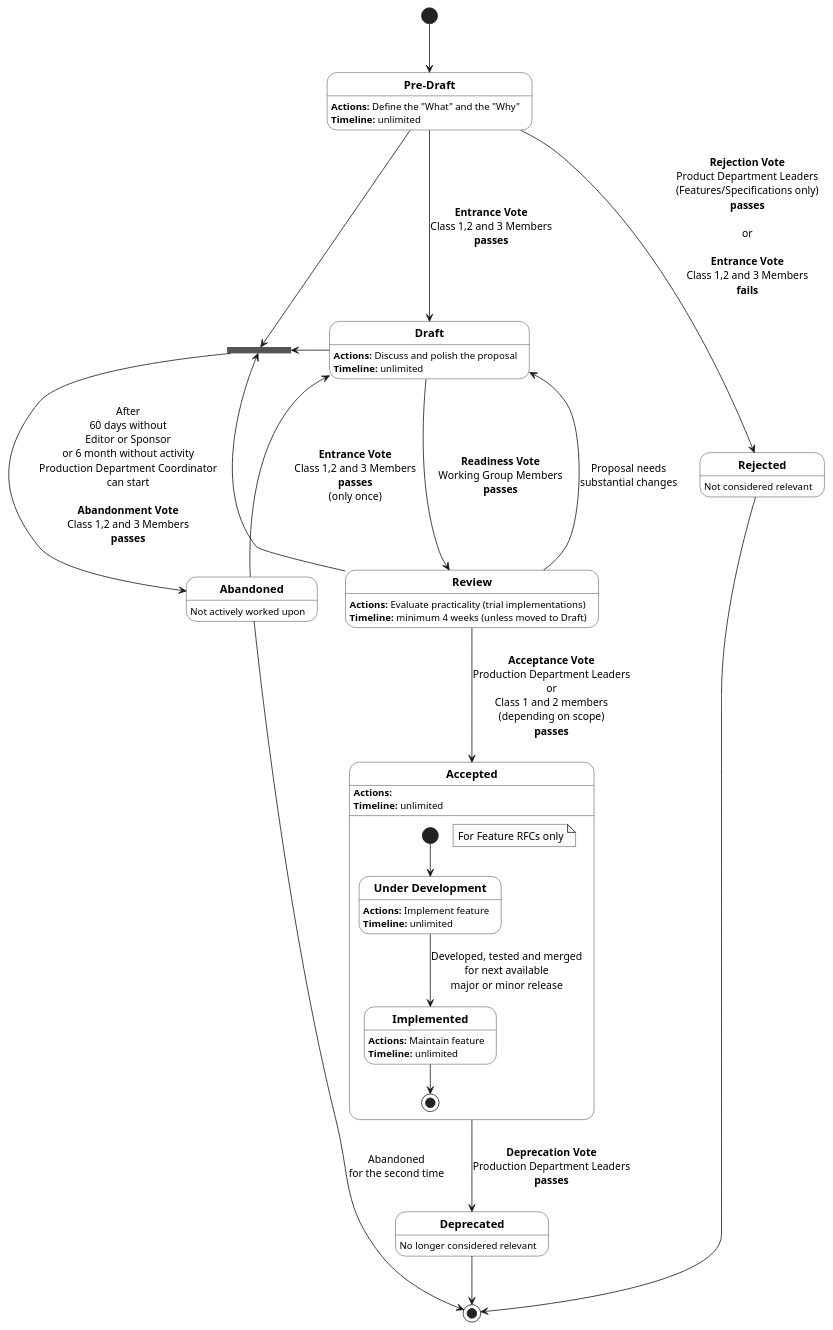
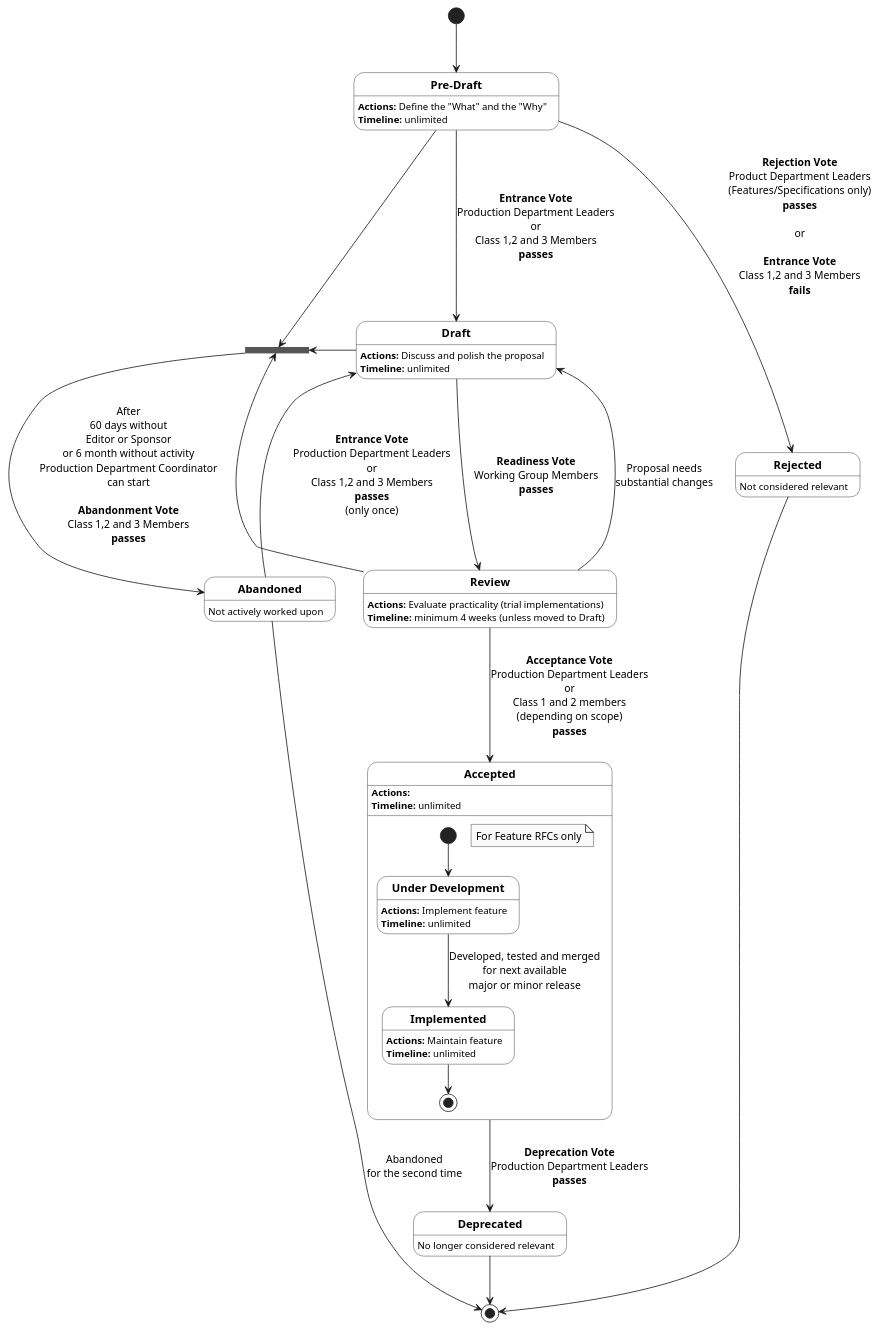
One commit to joomla/rfc changed the diagram in accepted/RFC-0-assets/rfc-workflow.puml. Above: the diagram before and after it, drawn with PlantUML. The commit also changed 2 other files, not shown here.

```diff
--- a/accepted/RFC-0-assets/rfc-workflow.puml
+++ b/accepted/RFC-0-assets/rfc-workflow.puml
@@ -1,86 +1,86 @@
 @startuml
 skinparam monochrome true
 skinparam state {
     BackgroundColor White
 }
 
 [*] --> PreDraft
 
 state PreDraft as "**Pre-Draft**" {
 }
 
 state Draft as "**Draft**" {
 }
 
 state Review as "**Review**" {
 }
 
 state Accepted as "**Accepted**" {
     state "**Under Development**" as Development
     state Implemented as "**Implemented**" {
     }
 
     Development: **Actions:** Implement feature
     Development: **Timeline:** unlimited
 
     Implemented: **Actions:** Maintain feature
     Implemented: **Timeline:** unlimited
 
     note "For Feature RFCs only" as N1
     [*] --> Development
     Development --> Implemented: Developed, tested and merged\nfor next available\nmajor or minor release
     Implemented --> [*]
 }
 
 state Deprecated as "**Deprecated**" {
 }
 
 state Abandoned as "**Abandoned**" {
 }
 
 state Rejected as "**Rejected**" {
 }
 
 state O <<join>>
 
 
-PreDraft --> Draft: **Entrance Vote**\nClass 1,2 and 3 Members\n**passes**
+PreDraft --> Draft: **Entrance Vote**\nProduction Department Leaders\nor\nClass 1,2 and 3 Members\n**passes**
 PreDraft --> Rejected: **Rejection Vote**\nProduct Department Leaders\n(Features/Specifications only)\n**passes**\n\nor\n\n**Entrance Vote**\nClass 1,2 and 3 Members\n**fails**
 
 Draft --> Review: **Readiness Vote**\nWorking Group Members\n**passes**
 
 Review --> Draft: Proposal needs\nsubstantial changes
 Review --> Accepted: **Acceptance Vote**\nProduction Department Leaders\nor\nClass 1 and 2 members\n(depending on scope)\n**passes**
 
 Accepted --> Deprecated: **Deprecation Vote**\nProduction Department Leaders\n**passes**
 
 
 O --> Abandoned: After\n60 days without\nEditor or Sponsor\nor 6 month without activity\nProduction Department Coordinator\ncan start\n\n**Abandonment Vote**\nClass 1,2 and 3 Members\n**passes**
 
 PreDraft -> O
 Draft -left-> O
 Review -left-> O
 
-Abandoned -up-> Draft: **Entrance Vote**\nClass 1,2 and 3 Members\n**passes**\n(only once)
+Abandoned -up-> Draft: **Entrance Vote**\nProduction Department Leaders\nor\nClass 1,2 and 3 Members\n**passes**\n(only once)
 
 Abandoned --> [*]: Abandoned\nfor the second time
 Deprecated --> [*]
 Rejected --> [*]
 
 PreDraft: **Actions:** Define the "What" and the "Why"
 PreDraft: **Timeline:** unlimited
 
 Draft: **Actions:** Discuss and polish the proposal
 Draft: **Timeline:** unlimited
 
 Review: **Actions:** Evaluate practicality (trial implementations)
 Review: **Timeline:** minimum 4 weeks (unless moved to Draft)
 
 Accepted: **Actions:**
 Accepted: **Timeline:** unlimited
 
 Abandoned: Not actively worked upon
 Deprecated: No longer considered relevant
 Rejected: Not considered relevant
 
 @enduml
```
